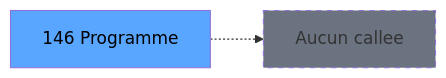
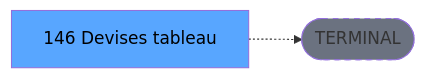
One commit to thonyAGP/lecteur-magic changed the third of 3 diagrams in .openspec/specs/ADH-IDE-146.md. Above: the diagram before and after it, drawn with Mermaid. The commit also changed other lines of this file and 701 other files, not shown here.

````diff
--- a/.openspec/specs/ADH-IDE-146.md
+++ b/.openspec/specs/ADH-IDE-146.md
@@ -136,8 +136,8 @@
 ```mermaid
 graph LR
-    T[146 Programme]
-    NONE[Aucun callee]
-    T -.-> NONE
+    T[146 Devises tableau]
+    TERM([TERMINAL])
+    T -.-> TERM
+    style TERM fill:#6b7280,stroke-dasharray: 5 5
     style T fill:#58a6ff,color:#000
-    style NONE fill:#6b7280,stroke-dasharray: 5 5
 ```
````
